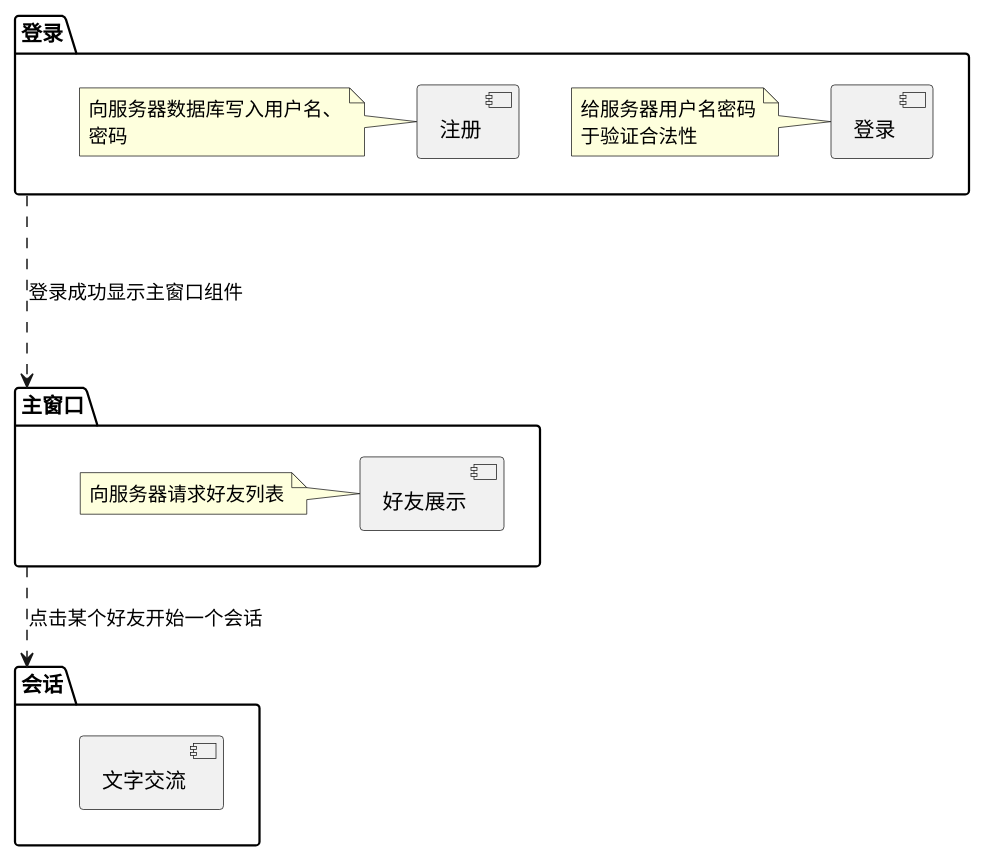
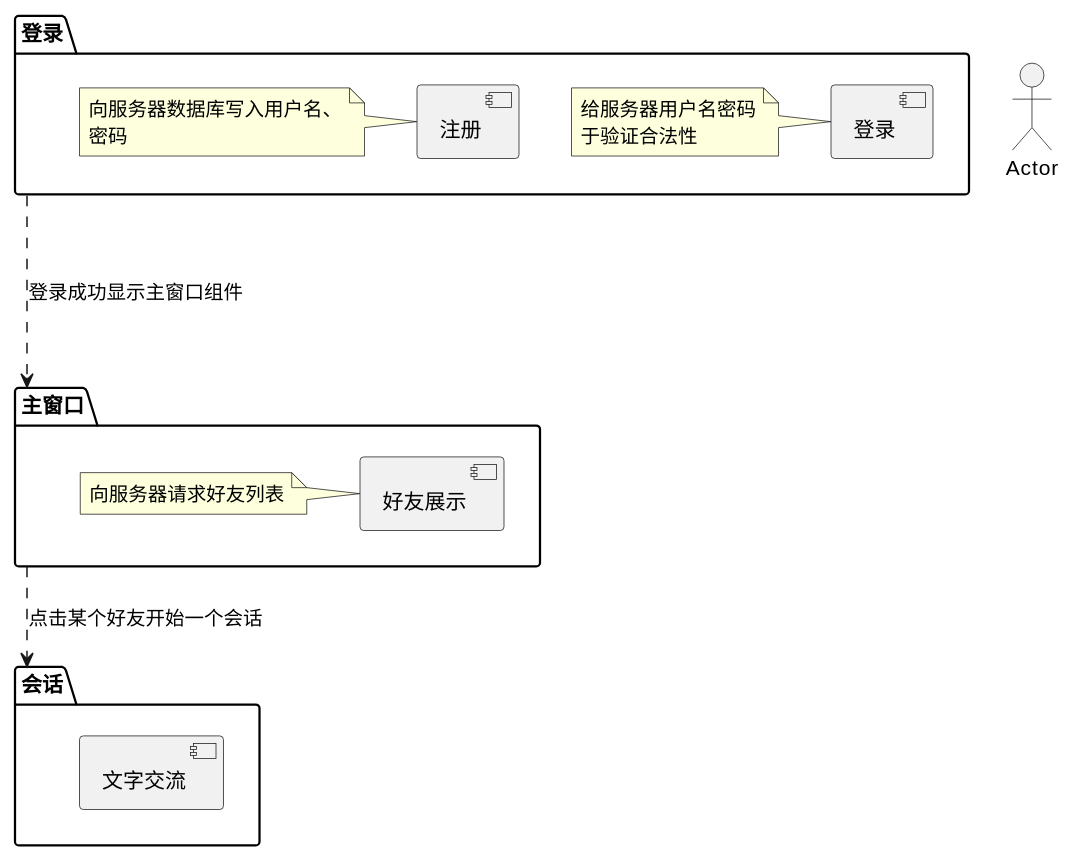
One commit to gorjack/imsystemclient changed the diagram in teamtalk.wsd. Above: the diagram before and after it, drawn with PlantUML. The commit also changed 21 other files, not shown here.

```diff
--- a/teamtalk.wsd
+++ b/teamtalk.wsd
@@ -1,34 +1,37 @@
 @startuml
+
+actor Actor as User
 
 package "登录" {
 [登录] as login
 note left of login 
      给服务器用户名密码
      于验证合法性
 end note
 
 [注册] as regist
 note left of regist
     向服务器数据库写入用户名、
     密码
 end note
-} 
+}
 
 package "主窗口" {
 [好友展示] as friendlist
 note left of friendlist
     向服务器请求好友列表
 end note
 }
 
 package "会话" {
 [文字交流] as textchat
 }
 
 "登录"..down.>"主窗口":登录成功显示主窗口组件
 
 "主窗口".down.>"会话":点击某个好友开始一个会话
 
 '注释----------------'
 
+
 @enduml
```
